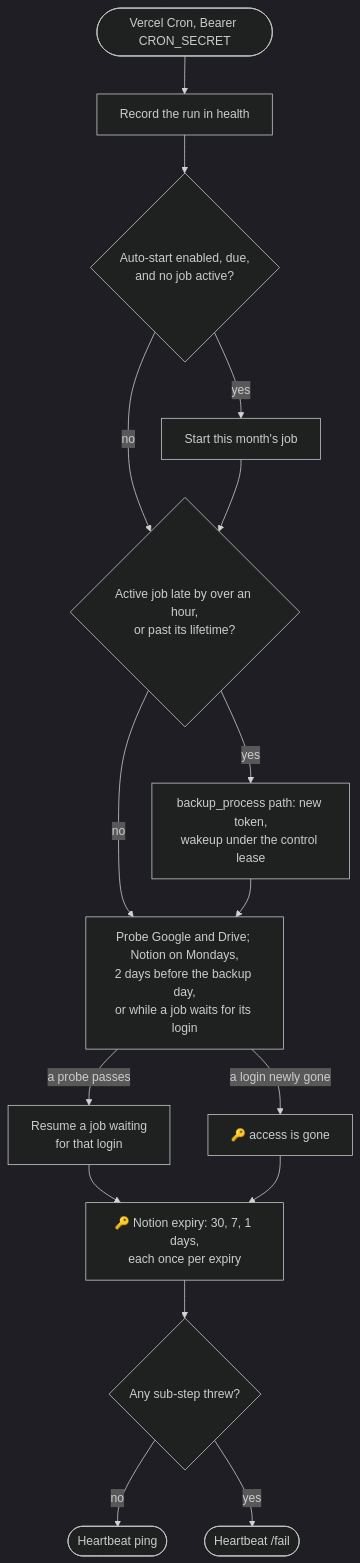
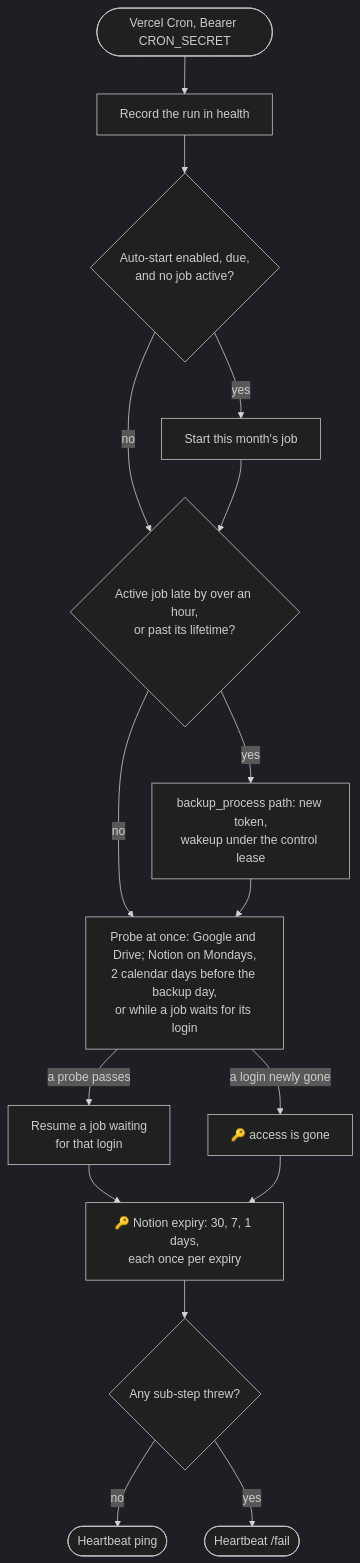
Before and after one commit to itemka/nodejs-backend-mastery: the sixth of 6 diagrams in workspaces/apps/notion-backup-automation/docs/backup-lifecycle.md, drawn with Mermaid (dark theme). The commit also changed 14 other files, not shown here.

First line of the commit message:
fix(notion-backup-automation): address PR #61 CI and review findings

````diff
--- a/workspaces/apps/notion-backup-automation/docs/backup-lifecycle.md
+++ b/workspaces/apps/notion-backup-automation/docs/backup-lifecycle.md
@@ -136,18 +136,18 @@
 ```mermaid
 flowchart TD
   Cron([Vercel Cron, Bearer CRON_SECRET]) --> Touch[Record the run in health]
   Touch --> Start{Auto-start enabled, due,<br/>and no job active?}
   Start -->|yes| Create[Start this month's job]
   Start -->|no| Watch
   Create --> Watch{Active job late by over an hour,<br/>or past its lifetime?}
   Watch -->|yes| Rearm[backup_process path: new token,<br/>wakeup under the control lease]
   Watch -->|no| Probes
-  Rearm --> Probes["Probe Google and Drive; Notion on Mondays,<br/>2 days before the backup day,<br/>or while a job waits for its login"]
+  Rearm --> Probes["Probe at once: Google and Drive; Notion on Mondays,<br/>2 calendar days before the backup day,<br/>or while a job waits for its login"]
   Probes -->|a probe passes| Resume[Resume a job waiting<br/>for that login]
   Probes -->|a login newly gone| Lost[🔑 access is gone]
   Resume --> Warn
   Lost --> Warn["🔑 Notion expiry: 30, 7, 1 days,<br/>each once per expiry"]
   Warn --> Beat{Any sub-step threw?}
   Beat -->|no| Ok([Heartbeat ping])
   Beat -->|yes| Fail([Heartbeat /fail])
 ```
````
